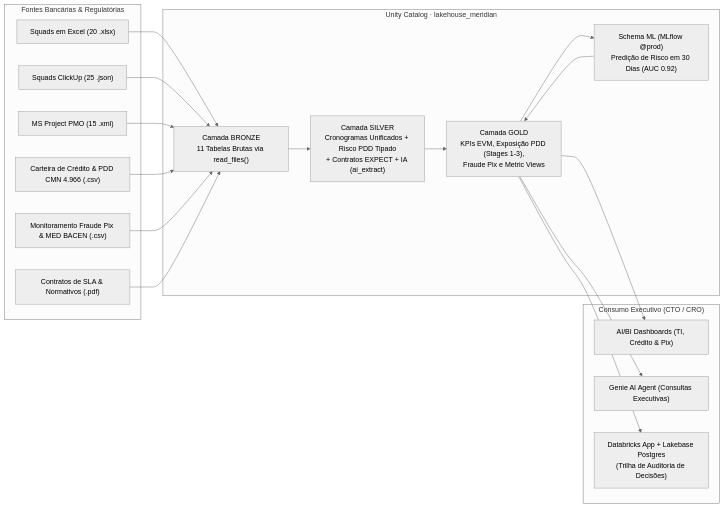
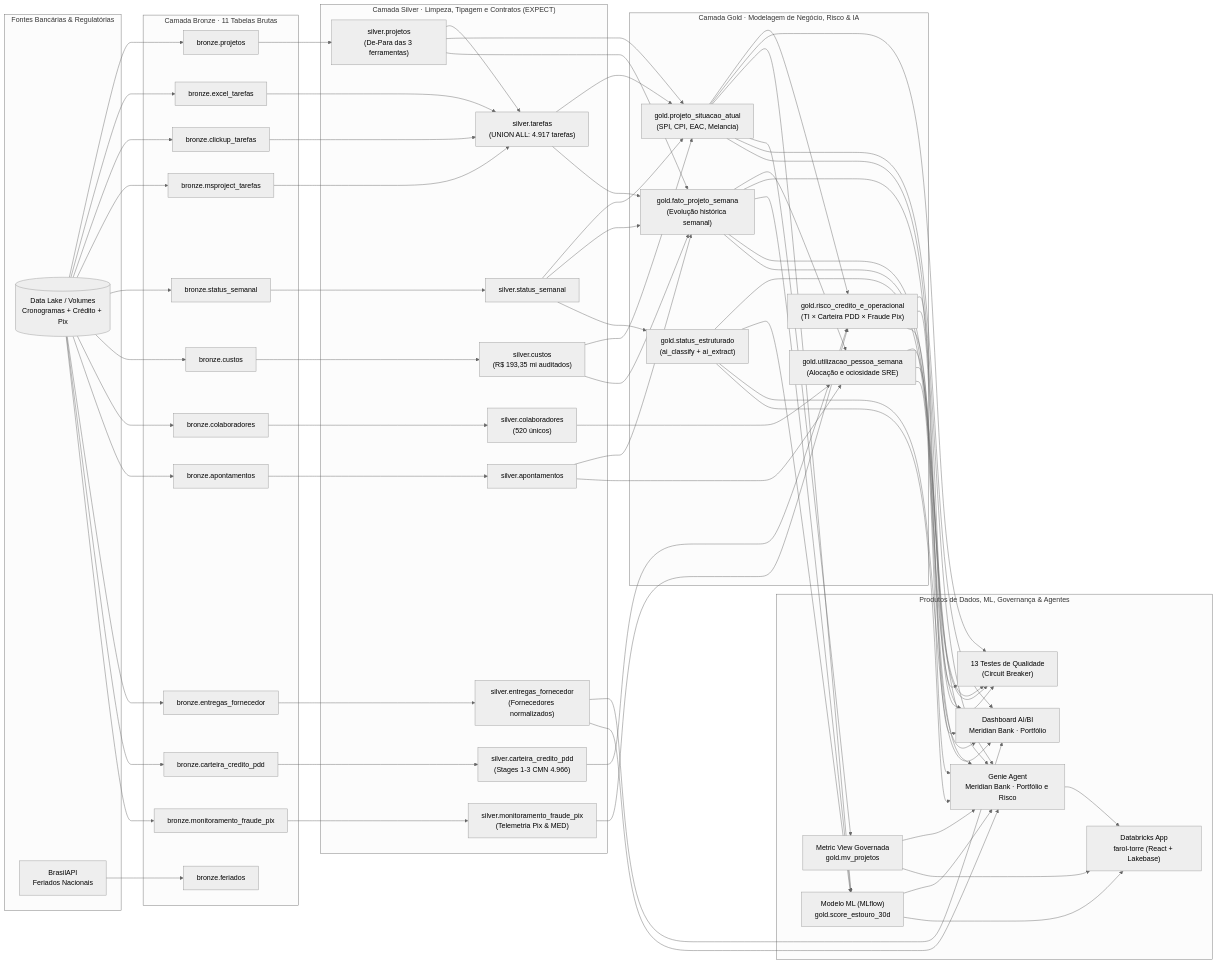
One commit to tendypora/banking-control-tower changed the first of 2 diagrams in README.md. Above: the diagram before and after it, drawn with Mermaid (neutral theme). The commit also changed other lines of this file and 12 other files, not shown here.

Commit message:
feat: sincroniza pipeline completo (10 tasks), ingestao resiliente, MLflow, Metric View, Genie Space e 3 suites de validacao (67 checks)

````diff
--- a/README.md
+++ b/README.md
@@ -45,31 +47,77 @@
 ```mermaid
 flowchart LR
-    subgraph Fontes["Fontes Bancárias & Regulatórias"]
-        F1["Squads em Excel (20 .xlsx)"]
-        F2["Squads ClickUp (25 .json)"]
-        F3["MS Project PMO (15 .xml)"]
-        F4["Carteira de Crédito & PDD CMN 4.966 (.csv)"]
-        F5["Monitoramento Fraude Pix & MED BACEN (.csv)"]
-        F6["Contratos de SLA & Normativos (.pdf)"]
-    end
+  subgraph FONTES["Fontes Bancárias & Regulatórias"]
+    DL[("Data Lake / Volumes<br/>Cronogramas + Crédito + Pix")]
+    API["BrasilAPI<br/>Feriados Nacionais"]
+  end
 
-    subgraph UC["Unity Catalog · lakehouse_meridian"]
-        B["Camada BRONZE\n11 Tabelas Brutas via read_files()"]
-        S["Camada SILVER\nCronogramas Unificados + Risco PDD Tipado\n+ Contratos EXPECT + IA (ai_extract)"]
-        G["Camada GOLD\nKPIs EVM, Exposição PDD (Stages 1-3),\nFraude Pix e Metric Views"]
-        ML["Schema ML (MLflow @prod)\nPredição de Risco em 30 Dias (AUC 0.92)"]
-    end
+  subgraph BRONZE["Camada Bronze · 11 Tabelas Brutas"]
+    B_FER["bronze.feriados"]
+    B_PRJ["bronze.projetos"]
+    B_EXE["bronze.excel_tarefas"]
+    B_CLK["bronze.clickup_tarefas"]
+    B_MSP["bronze.msproject_tarefas"]
+    B_STA["bronze.status_semanal"]
+    B_CUS["bronze.custos"]
+    B_COL["bronze.colaboradores"]
+    B_APO["bronze.apontamentos"]
+    B_FOR["bronze.entregas_fornecedor"]
+    B_PDD["bronze.carteira_credito_pdd"]
+    B_PIX["bronze.monitoramento_fraude_pix"]
+  end
 
-    subgraph Consumo["Consumo Executivo (CTO / CRO)"]
-        C1["AI/BI Dashboards (TI, Crédito & Pix)"]
-        C2["Genie AI Agent (Consultas Executivas)"]
-        C3["Databricks App + Lakebase Postgres\n(Trilha de Auditoria de Decisões)"]
-    end
+  subgraph SILVER["Camada Silver · Limpeza, Tipagem e Contratos (EXPECT)"]
+    S_PRJ["silver.projetos<br/>(De-Para das 3 ferramentas)"]
+    S_TAR["silver.tarefas<br/>(UNION ALL: 4.917 tarefas)"]
+    S_STA["silver.status_semanal"]
+    S_CUS["silver.custos<br/>(R$ 193,35 mi auditados)"]
+    S_COL["silver.colaboradores<br/>(520 únicos)"]
+    S_APO["silver.apontamentos"]
+    S_FOR["silver.entregas_fornecedor<br/>(Fornecedores normalizados)"]
+    S_PDD["silver.carteira_credito_pdd<br/>(Stages 1-3 CMN 4.966)"]
+    S_PIX["silver.monitoramento_fraude_pix<br/>(Telemetria Pix & MED)"]
+  end
 
-    F1 & F2 & F3 & F4 & F5 & F6 --> B
-    B --> S
-    S --> G
-    G --> ML
-    ML --> G
-    G --> C1 & C2 & C3
+  subgraph GOLD["Camada Gold · Modelagem de Negócio, Risco & IA"]
+    G_SIT["gold.projeto_situacao_atual<br/>(SPI, CPI, EAC, Melancia)"]
+    G_FAT["gold.fato_projeto_semana<br/>(Evolução histórica semanal)"]
+    G_PES["gold.utilizacao_pessoa_semana<br/>(Alocação e ociosidade SRE)"]
+    G_RSK["gold.risco_credito_e_operacional<br/>(TI × Carteira PDD × Fraude Pix)"]
+    G_IA["gold.status_estruturado<br/>(ai_classify + ai_extract)"]
+  end
+
+  subgraph CONSUMO["Produtos de Dados, ML, Governança & Agentes"]
+    ML["Modelo ML (MLflow)<br/>gold.score_estouro_30d"]
+    MV["Metric View Governada<br/>gold.mv_projetos"]
+    GENIE["Genie Agent<br/>Meridian Bank · Portfólio e Risco"]
+    APP["Databricks App<br/>farol-torre (React + Lakebase)"]
+    DASH["Dashboard AI/BI<br/>Meridian Bank · Portfólio"]
+    TEST["13 Testes de Qualidade<br/>(Circuit Breaker)"]
+  end
+
+  API --> B_FER
+  DL --> B_PRJ & B_EXE & B_CLK & B_MSP & B_STA & B_CUS & B_COL & B_APO & B_FOR & B_PDD & B_PIX
+
+  B_PRJ --> S_PRJ
+  B_EXE & B_CLK & B_MSP & S_PRJ --> S_TAR
+  B_STA --> S_STA
+  B_CUS --> S_CUS
+  B_COL --> S_COL
+  B_APO --> S_APO
+  B_FOR --> S_FOR
+  B_PDD --> S_PDD
+  B_PIX --> S_PIX
+
+  S_PRJ & S_TAR & S_STA & S_CUS --> G_SIT
+  S_PRJ & S_TAR & S_STA & S_CUS & S_APO --> G_FAT
+  S_COL & S_APO & G_FAT --> G_PES
+  G_SIT & S_PDD & S_PIX --> G_RSK
+  S_STA --> G_IA
+
+  G_SIT & G_FAT & G_PES & G_RSK & G_IA --> TEST
+  G_SIT & G_FAT & G_IA --> ML
+  G_SIT --> MV
+  G_SIT & G_FAT & G_PES & G_RSK & G_IA & S_FOR --> DASH
+  MV & ML & G_SIT & G_FAT & G_PES & G_RSK & G_IA & S_FOR --> GENIE
+  MV & ML & GENIE --> APP
 ```
````
